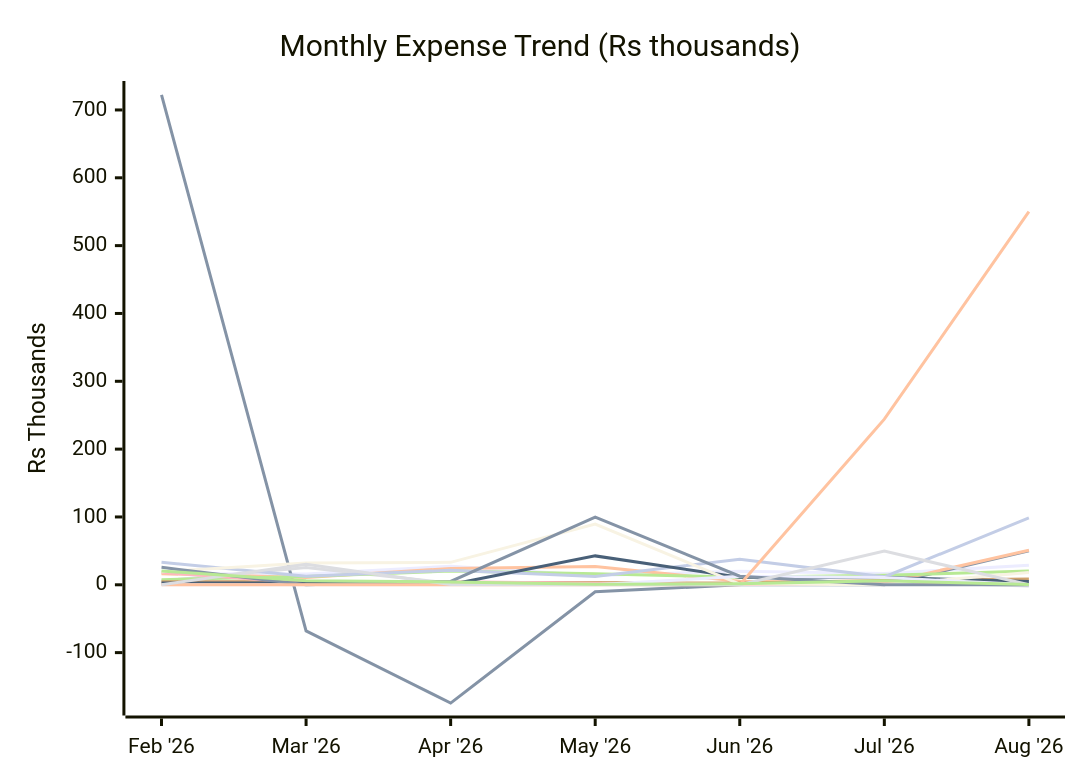
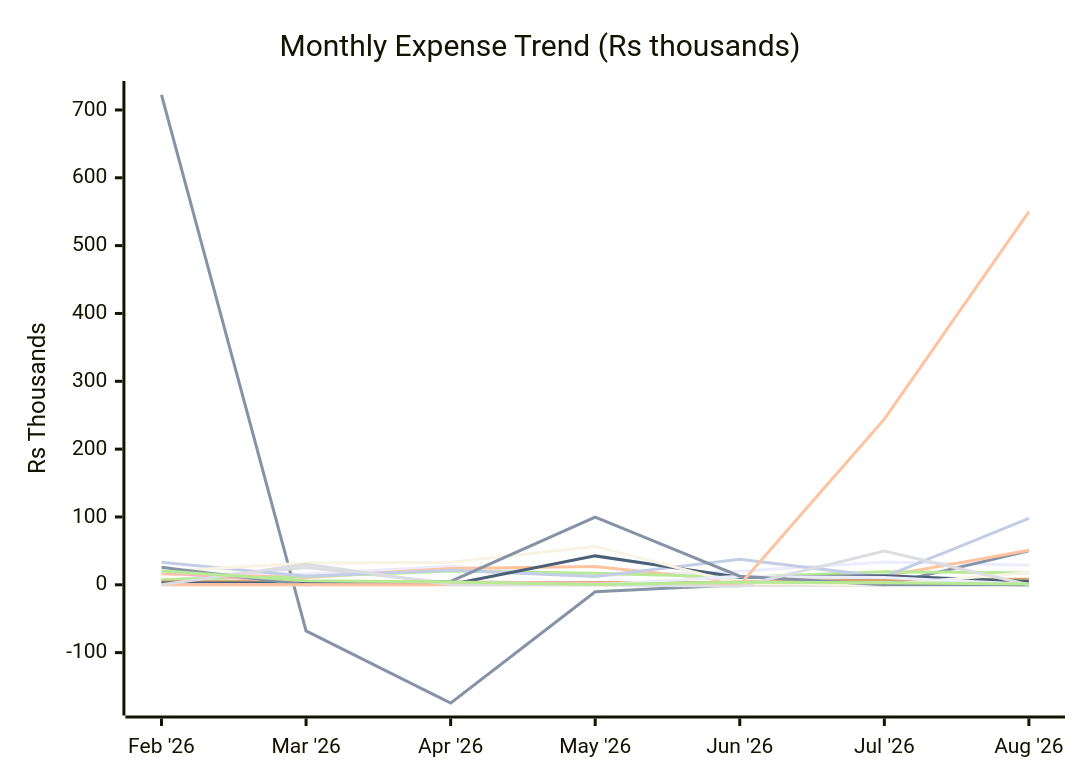
One commit to sachin-hg/expense-reporter changed the first of 2 diagrams in reports/2026-08.md. Above: the diagram before and after it, drawn with Mermaid. The commit also changed other lines of this file and 8 other files, not shown here.

````diff
--- a/reports/2026-08.md
+++ b/reports/2026-08.md
@@ -28,21 +28,21 @@
 ```mermaid
 xychart-beta
     title "Monthly Expense Trend (Rs thousands)"
     x-axis ["Feb '26", "Mar '26", "Apr '26", "May '26", "Jun '26", "Jul '26", "Aug '26"]
     y-axis "Rs Thousands" -175 --> 725
-    line "Travel" [16.5, 15.9, 27.3, 13.7, 20.0, 16.6, 28.9]
+    line "Travel" [16.5, 15.9, 27.3, 13.3, 20.0, 33.6, 28.9]
     line "Trip" [722.3, -67.9, -174.4, -10.2, 0.0, 0.0, 50.0]
-    line "Shopping" [16.4, 10.6, 24.2, 26.8, 5.3, 2.7, 50.8]
-    line "Baby" [5.6, 25.3, 2.4, 1.0, 0.8, 4.4, -1.7]
-    line "Outside Food" [7.6, 12.1, 20.3, 16.4, 11.2, 14.0, 20.2]
-    line "Grocery" [4.5, 4.7, 3.4, 3.2, 2.5, 6.4, 8.6]
-    line "Utilities & Bills" [33.2, 12.6, 21.3, 12.3, 37.7, 11.7, 98.7]
-    line "Health, Fitness & Self Care" [18.3, 2.5, 4.4, 2.3, 0.6, 1.9, 1.2]
-    line "Upskill / AI" [2.5, 2.6, 0.4, 42.6, 11.0, 10.6, 4.9]
-    line "Rohan" [19.3, 32.0, 33.1, 89.6, 1.1, 0.0, 18.1]
-    line "Papa" [0.0, 0.0, 0.0, 0.0, 12.5, 10.6, 0.0]
+    line "Shopping" [16.4, 10.6, 24.2, 26.8, 4.3, 12.7, 50.8]
+    line "Baby" [5.6, 25.3, 2.4, 1.0, 0.8, 12.8, -1.7]
+    line "Outside Food" [7.6, 12.1, 20.3, 16.9, 11.2, 19.4, 17.5]
+    line "Grocery" [4.5, 4.7, 3.4, 3.2, 3.5, 7.4, 8.3]
+    line "Utilities & Bills" [33.2, 12.6, 21.3, 12.3, 37.7, 11.7, 97.8]
+    line "Health, Fitness & Self Care" [18.3, 2.5, 4.4, 2.3, 0.6, 2.5, 1.2]
+    line "Upskill / AI" [2.5, 2.6, 0.4, 42.6, 11.0, 13.3, 4.9]
+    line "Rohan" [19.3, 32.0, 33.1, 56.6, 1.1, -0.0, 18.1]
+    line "Papa" [0.0, 0.0, 0.0, 0.0, 12.5, 10.6, 0.9]
     line "One-Time Expense" [25.8, 0.0, 5.0, 99.7, 12.7, 0.0, 0.0]
     line "Investments" [0.0, 0.0, 0.0, 0.0, 0.0, 244.2, 550.0]
-    line "Tax" [0.0, 30.3, 0.3, 0.0, 0.0, 49.6, 0.0]
-    line "Others" [20.3, 5.9, 4.3, 0.7, 1.6, 5.8, 0.6]
+    line "Tax" [0.0, 30.3, 0.3, 0.2, -2.1, 49.6, 0.0]
+    line "Others" [20.3, 5.9, 4.3, 0.5, 3.7, 2.9, 1.0]
 ```
````
